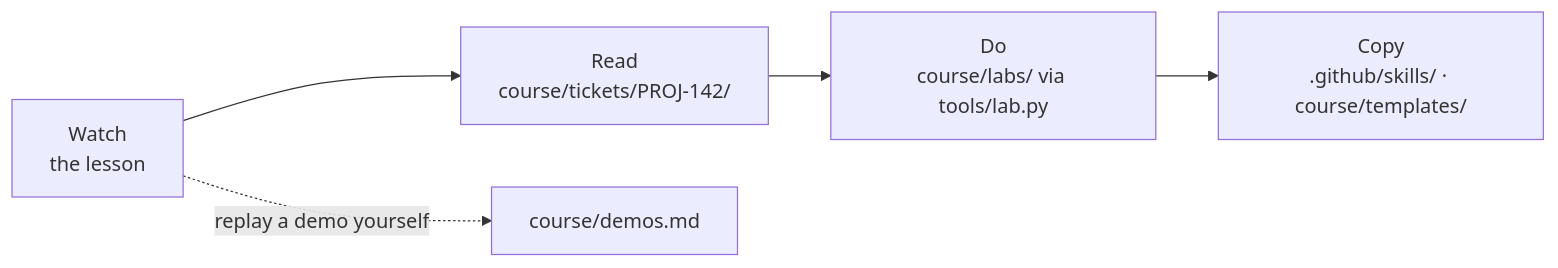
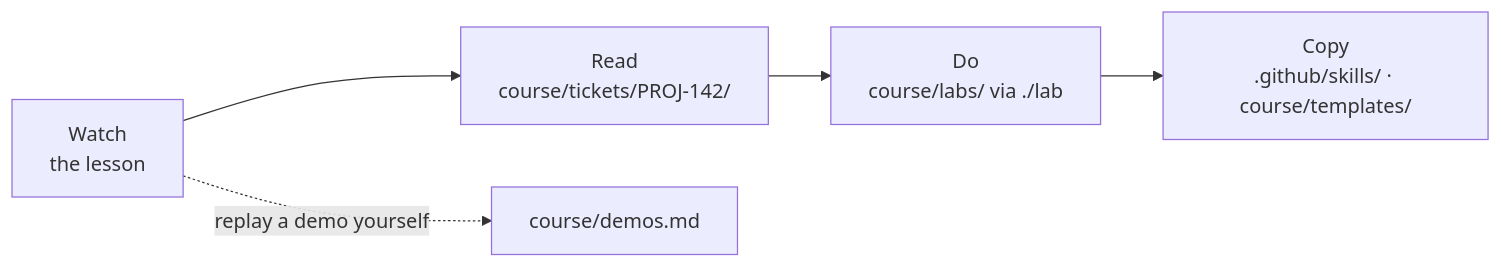
One commit to limsijie93/tt-masterclass-agentic-sdlc changed the second of 9 diagrams in course/guide.md. Above: the diagram before and after it, drawn with Mermaid. The commit also changed other lines of this file and 164 other files, not shown here.

````diff
--- a/course/guide.md
+++ b/course/guide.md
@@ -42,7 +42,7 @@
 ```mermaid
 flowchart LR
     watch["Watch<br/>the lesson"] --> read["Read<br/>course/tickets/PROJ-142/"]
-    read --> doit["Do<br/>course/labs/ via tools/lab.py"]
+    read --> doit["Do<br/>course/labs/ via ./lab"]
     doit --> copy["Copy<br/>.github/skills/ · course/templates/"]
     watch -. "replay a demo yourself" .-> demos["course/demos.md"]
 ```
````
